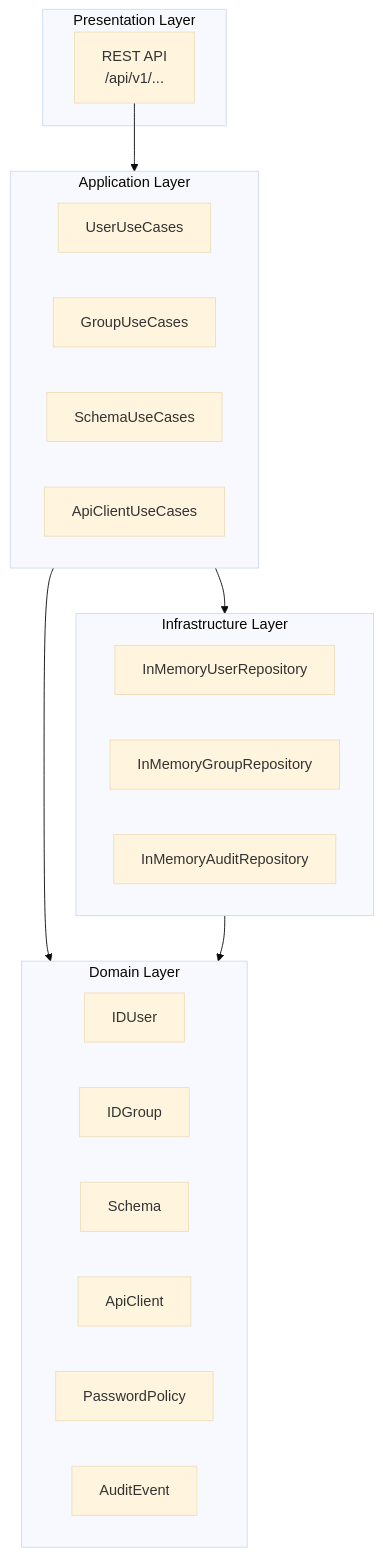
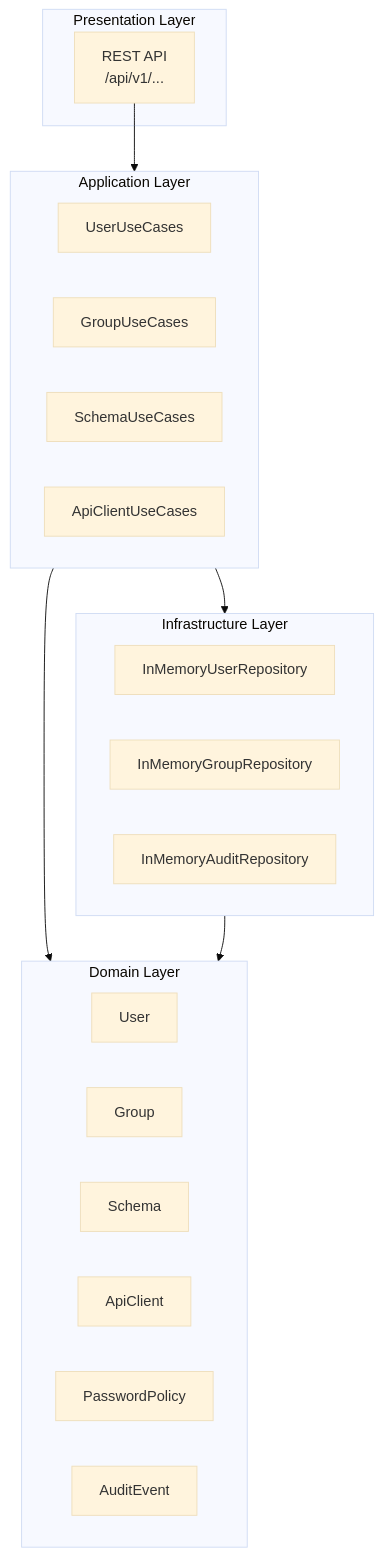
One commit to UIMSolutions/uim-platform changed the second of 3 diagrams in identity-directory/docs/UML.md. Above: the diagram before and after it, drawn with Mermaid (base theme). The commit also changed 31 other files, not shown here.

First line of the commit message:
Refactor user and schema management to improve clarity and consistency

````diff
--- a/identity-directory/docs/UML.md
+++ b/identity-directory/docs/UML.md
@@ -57,30 +57,30 @@
 ```mermaid
 flowchart TB
     subgraph Presentation["Presentation Layer"]
         REST["REST API\n/api/v1/..."]
     end
     subgraph Application["Application Layer"]
         USER_UC["UserUseCases"]
         GROUP_UC["GroupUseCases"]
         SCHEMA_UC["SchemaUseCases"]
         CLIENT_UC["ApiClientUseCases"]
     end
     subgraph Domain["Domain Layer"]
-        USER["IDUser"]
-        GROUP["IDGroup"]
+        USER["User"]
+        GROUP["Group"]
         SCHEMA["Schema"]
         CLIENT["ApiClient"]
         POLICY["PasswordPolicy"]
         AUDIT["AuditEvent"]
     end
     subgraph Infrastructure["Infrastructure Layer"]
         USER_REPO["InMemoryUserRepository"]
         GROUP_REPO["InMemoryGroupRepository"]
         AUDIT_REPO["InMemoryAuditRepository"]
     end
 
     REST --> Application
     Application --> Domain
     Infrastructure --> Domain
     Application --> Infrastructure
 ```
````
